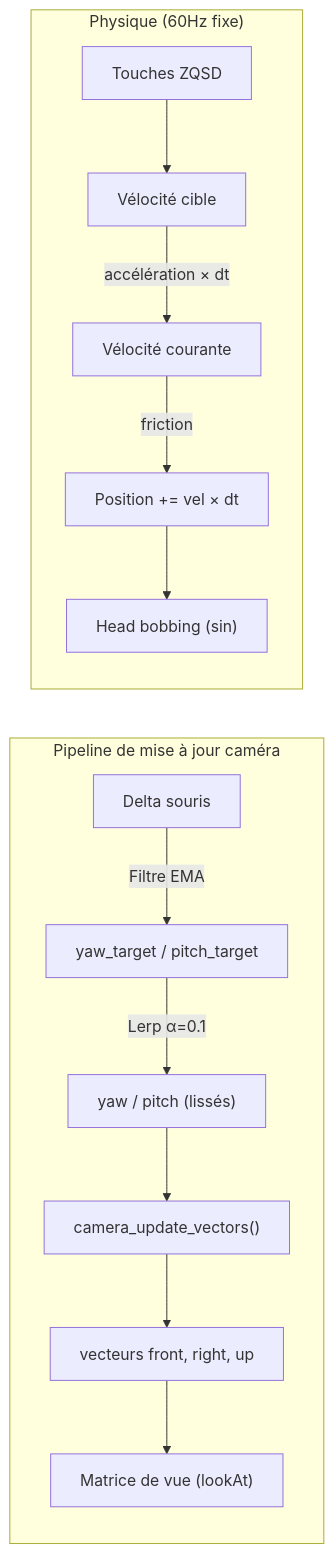
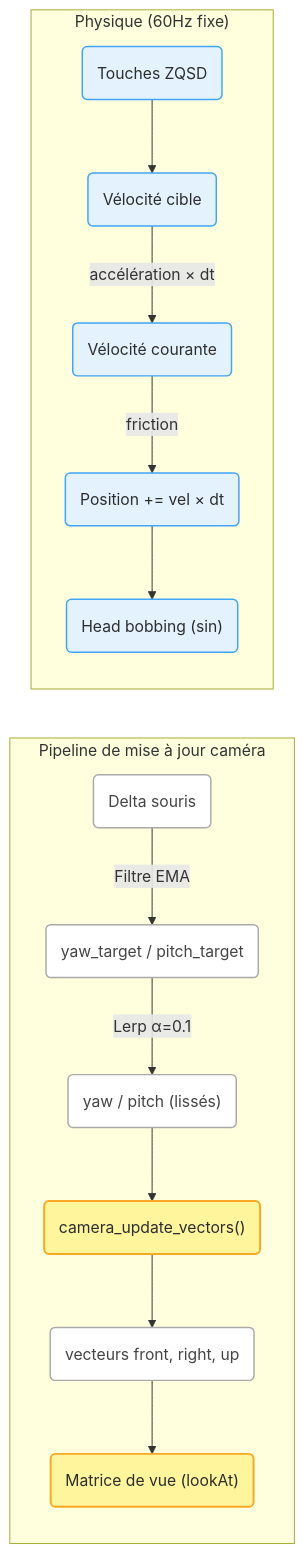
Before and after one commit to yoyonel/blog_source: the third of 17 diagrams in content/suckless-ogl-anatomie-frame.md, drawn with Mermaid. The commit also changed other lines of this file and 4 other files, not shown here.

First line of the commit message:
refactor(mermaid): hand-drawn style + forced light mode for all browsers

```diff
--- a/content/suckless-ogl-anatomie-frame.md
+++ b/content/suckless-ogl-anatomie-frame.md
@@ -198,17 +208,25 @@
 <pre class="mermaid">
 graph LR
     subgraph "Pipeline de mise à jour caméra"
-        A["Delta souris"] -->|"Filtre EMA"| B["yaw_target / pitch_target"]
-        B -->|"Lerp α=0.1"| C["yaw / pitch (lissés)"]
-        C --> D["camera_update_vectors()"]
-        D --> E["vecteurs front, right, up"]
-        E --> F["Matrice de vue (lookAt)"]
+        A("Delta souris") -->|"Filtre EMA"| B("yaw_target / pitch_target")
+        B -->|"Lerp α=0.1"| C("yaw / pitch (lissés)")
+        C --> D("camera_update_vectors()")
+        D --> E("vecteurs front, right, up")
+        E --> F("Matrice de vue (lookAt)")
     end
 
     subgraph "Physique (60Hz fixe)"
-        G["Touches ZQSD"] --> H["Vélocité cible"]
-        H -->|"accélération × dt"| I["Vélocité courante"]
-        I -->|"friction"| J["Position += vel × dt"]
-        J --> K["Head bobbing (sin)"]
+        G("Touches ZQSD") --> H("Vélocité cible")
+        H -->|"accélération × dt"| I("Vélocité courante")
+        I -->|"friction"| J("Position += vel × dt")
+        J --> K("Head bobbing (sin)")
     end
+
+    classDef keyFunc fill:#fff59d,stroke:#f9a825,stroke-width:2px,color:#2d2d2d
+    classDef subsystem fill:#ffffff,stroke:#aaaaaa,stroke-width:1.5px,color:#444444
+    classDef loopNode fill:#e3f2fd,stroke:#42a5f5,stroke-width:1.5px,color:#2d2d2d
+
+    class D,F keyFunc
+    class A,B,C,E subsystem
+    class G,H,I,J,K loopNode
 </pre>
```
